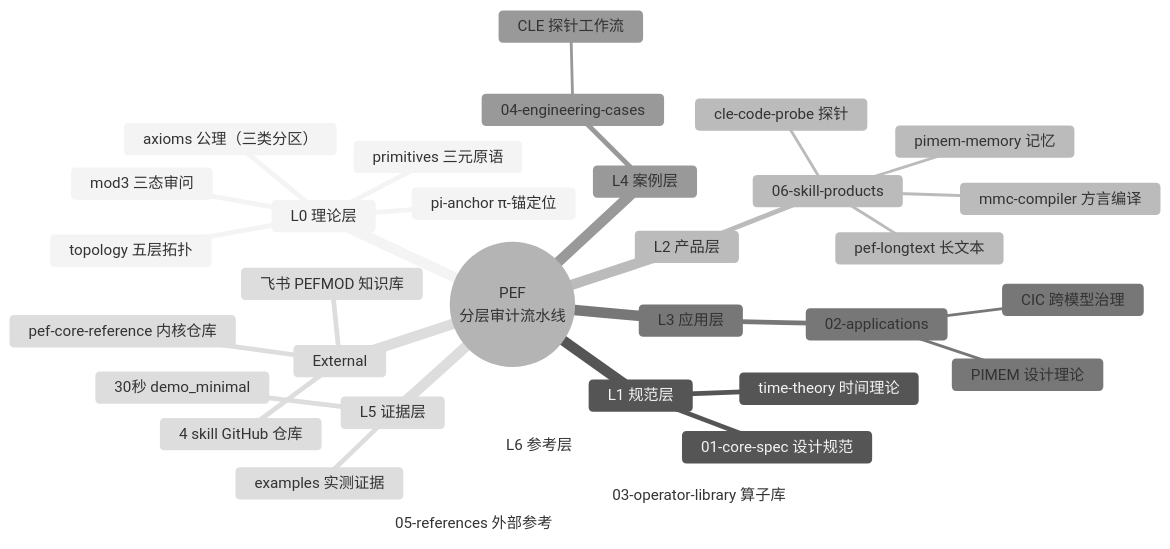
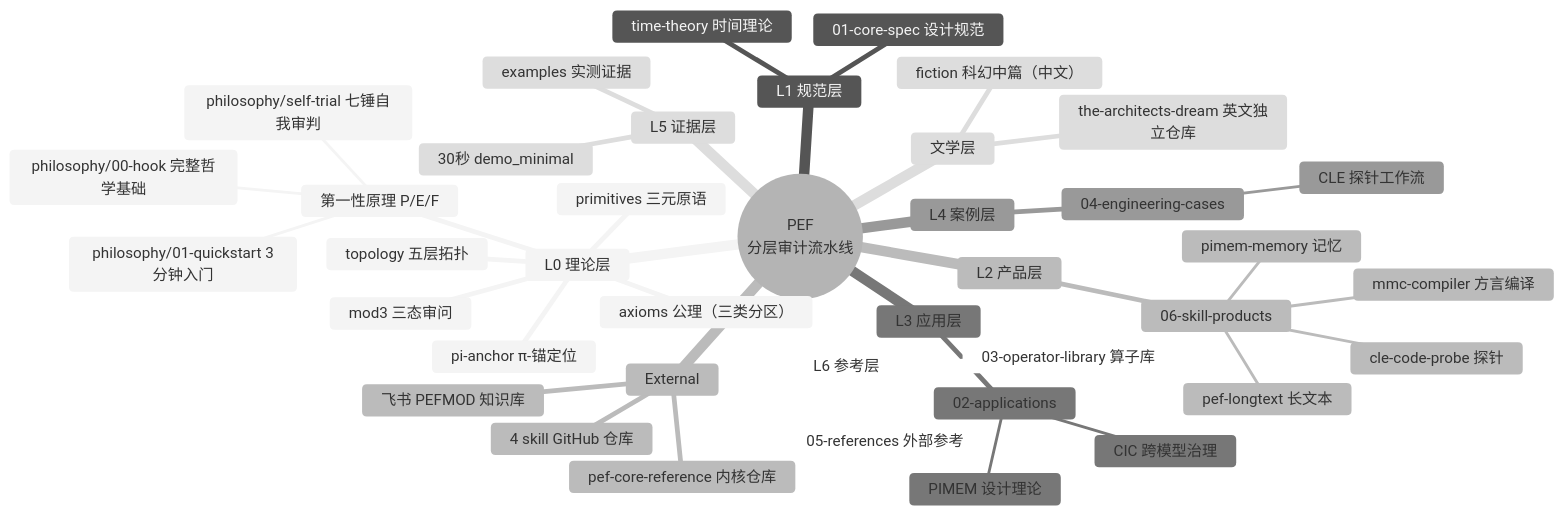
Before and after one commit to banbanry/pef-architecture: the second of 2 diagrams in README.md, drawn with Mermaid (neutral theme). The commit also changed other lines of this file and 1 other file, not shown here.

````diff
--- a/README.md
+++ b/README.md
@@ -288,36 +333,43 @@
 ```mermaid
 mindmap
   root((PEF<br/>分层审计流水线))
     L0 理论层
+      第一性原理 P/E/F
+        philosophy/01-quickstart 3分钟入门
+        philosophy/00-hook 完整哲学基础
+        philosophy/self-trial 七锤自我审判
       axioms 公理（三类分区）
       primitives 三元原语
       pi-anchor π-锚定位
       mod3 三态审问
       topology 五层拓扑
     L1 规范层
       01-core-spec 设计规范
       time-theory 时间理论
     L2 产品层
       06-skill-products
         cle-code-probe 探针
         pimem-memory 记忆
         pef-longtext 长文本
         mmc-compiler 方言编译
     L3 应用层
       02-applications
         CIC 跨模型治理
         PIMEM 设计理论
     L4 案例层
       04-engineering-cases
         CLE 探针工作流
     L5 证据层
       examples 实测证据
       30秒 demo_minimal
     L6 参考层
       03-operator-library 算子库
       05-references 外部参考
+    文学层
+      fiction 科幻中篇（中文）
+      the-architects-dream 英文独立仓库
     External
       pef-core-reference 内核仓库
       4 skill GitHub 仓库
       飞书 PEFMOD 知识库
 ```
````
